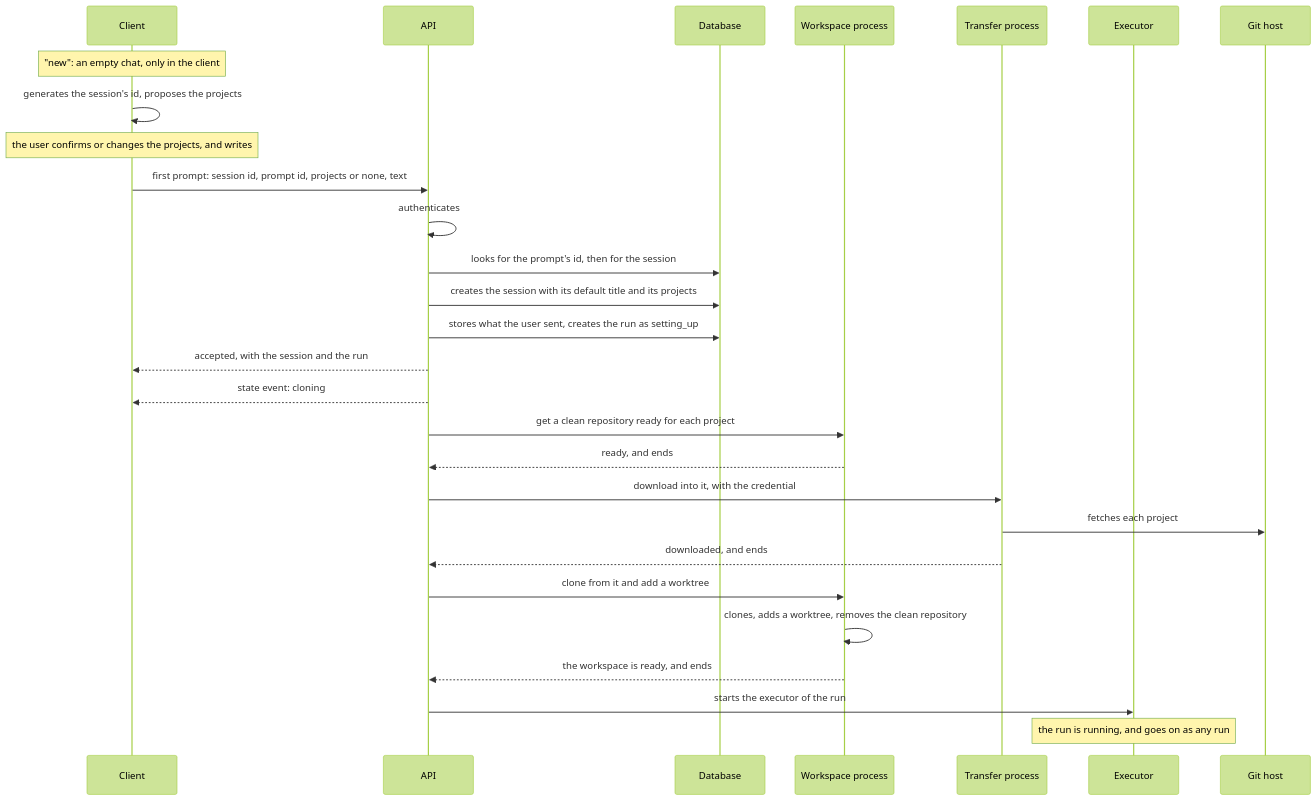
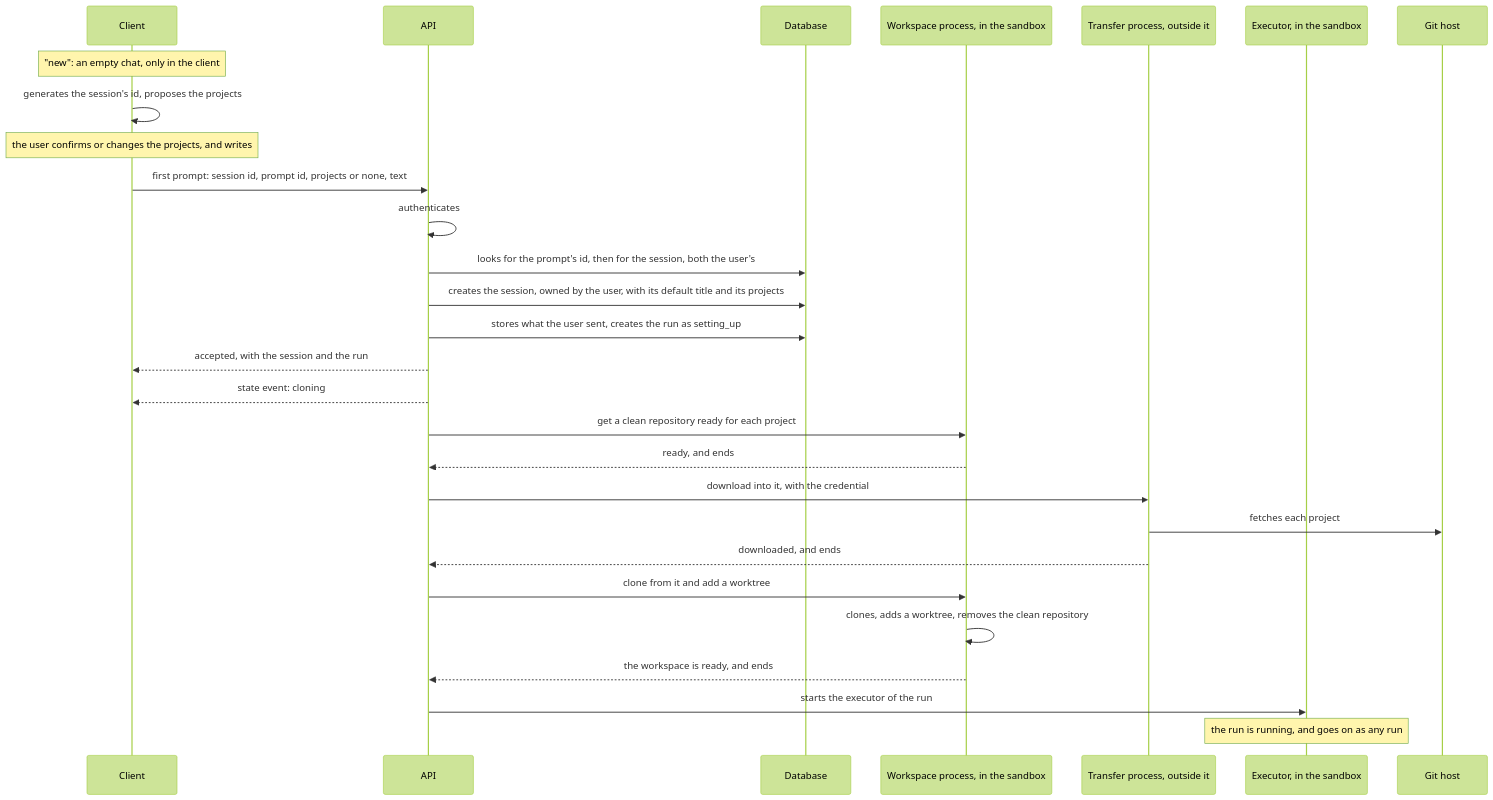
One commit to Mikode13/harness-docs changed the diagram in flows/create-session.md. Above: the diagram before and after it, drawn with Mermaid (forest theme). The commit also changed other lines of this file and 14 other files, not shown here.

````diff
--- a/flows/create-session.md
+++ b/flows/create-session.md
@@ -12,33 +12,33 @@
 ```mermaid
 sequenceDiagram
     participant C as Client
     participant A as API
     participant D as Database
-    participant W as Workspace process
-    participant T as Transfer process
-    participant E as Executor
+    participant W as Workspace process, in the sandbox
+    participant T as Transfer process, outside it
+    participant E as Executor, in the sandbox
     participant G as Git host
 
     Note over C: "new": an empty chat, only in the client
     C->>C: generates the session's id, proposes the projects
     Note over C: the user confirms or changes the projects, and writes
 
     C->>A: first prompt: session id, prompt id, projects or none, text
     A->>A: authenticates
-    A->>D: looks for the prompt's id, then for the session
-    A->>D: creates the session with its default title and its projects
+    A->>D: looks for the prompt's id, then for the session, both the user's
+    A->>D: creates the session, owned by the user, with its default title and its projects
     A->>D: stores what the user sent, creates the run as setting_up
     A-->>C: accepted, with the session and the run
 
     A-->>C: state event: cloning
     A->>W: get a clean repository ready for each project
     W-->>A: ready, and ends
     A->>T: download into it, with the credential
     T->>G: fetches each project
     T-->>A: downloaded, and ends
     A->>W: clone from it and add a worktree
     W->>W: clones, adds a worktree, removes the clean repository
     W-->>A: the workspace is ready, and ends
     A->>E: starts the executor of the run
     Note over E: the run is running, and goes on as any run
 ```
````
